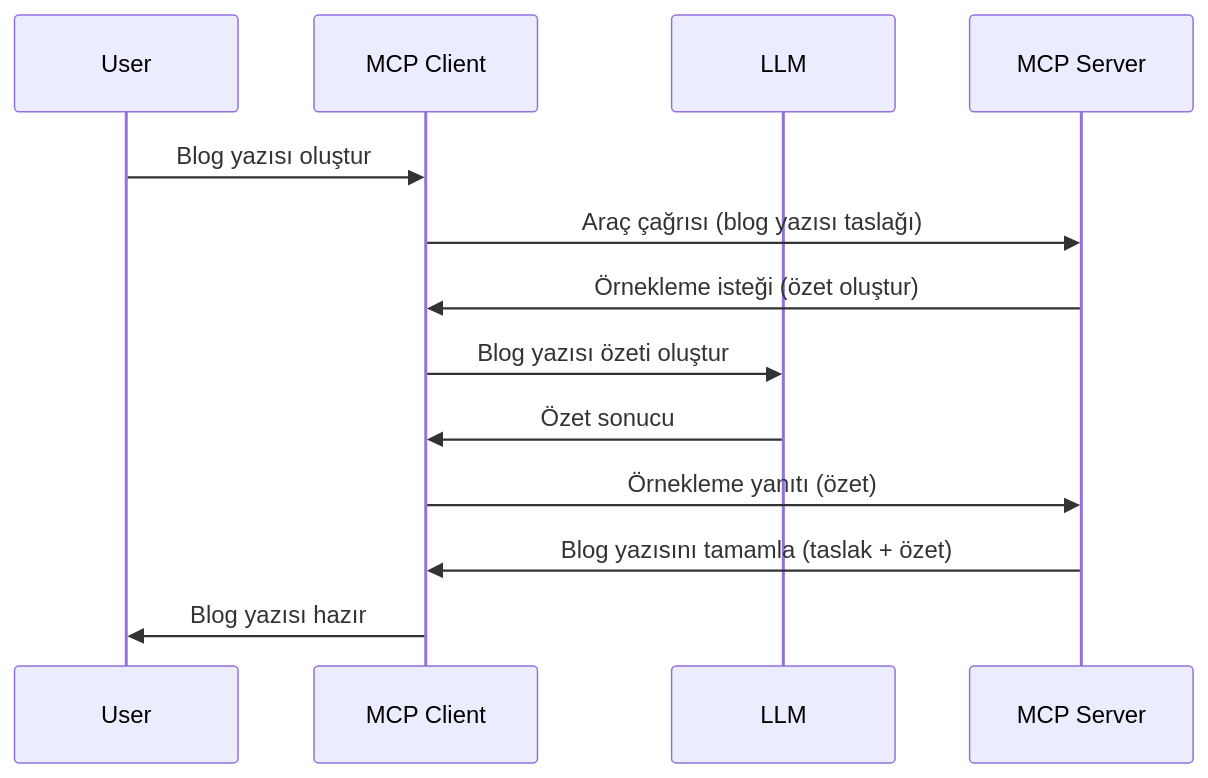
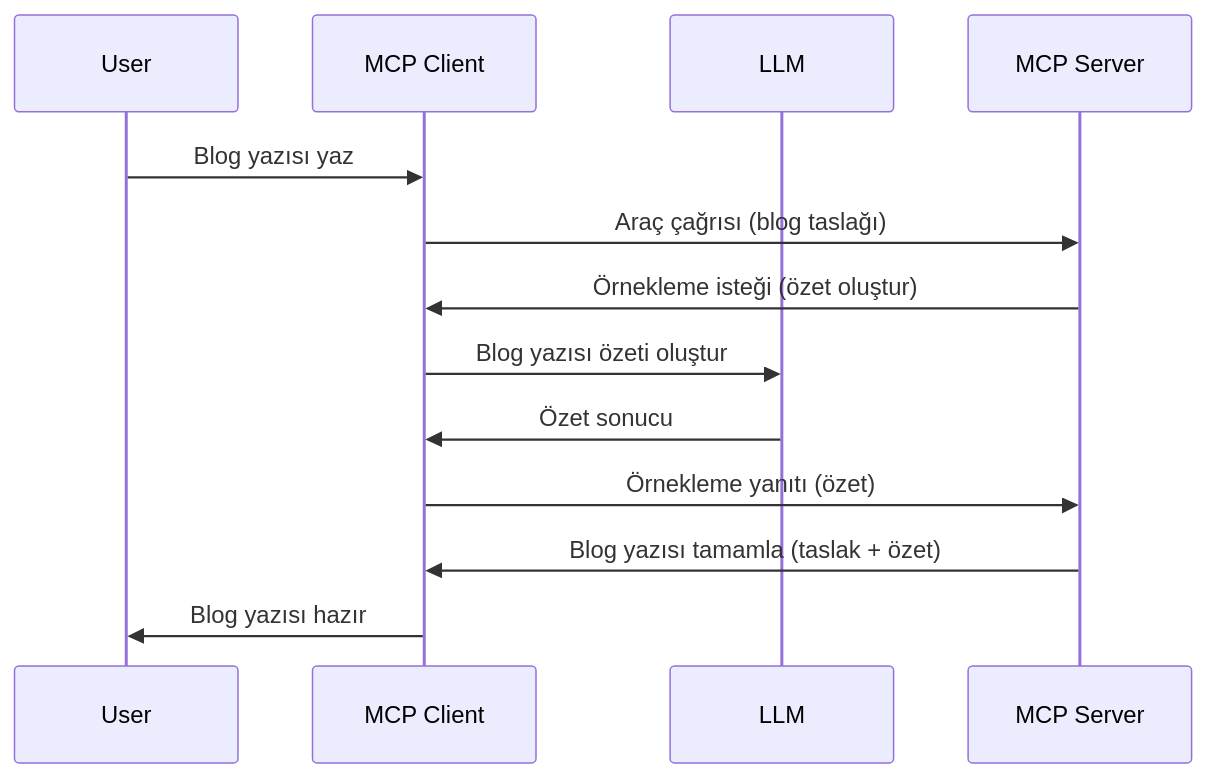
The diagram in mcp_ecosystem__model_context_protocol/mcp_learning_resources/mcp-for-beginners/translations/tr/03-GettingStarted/14-sampling/README.md (HIDORAKAI002/ai-workspace-archive), drawn with Mermaid before and after one commit. The commit also changed other lines of this file and 1046 other files, not shown here.

````diff
--- a/mcp_ecosystem__model_context_protocol/mcp_learning_resources/mcp-for-beginners/translations/tr/03-GettingStarted/14-sampling/README.md
+++ b/mcp_ecosystem__model_context_protocol/mcp_learning_resources/mcp-for-beginners/translations/tr/03-GettingStarted/14-sampling/README.md
@@ -23,16 +25,16 @@
 ```mermaid
 sequenceDiagram
     participant User
     participant MCP Client
     participant LLM
     participant MCP Server
 
-    User->>MCP Client: Blog yazısı oluştur
-    MCP Client->>MCP Server: Araç çağrısı (blog yazısı taslağı)
+    User->>MCP Client: Blog yazısı yaz
+    MCP Client->>MCP Server: Araç çağrısı (blog taslağı)
     MCP Server->>MCP Client: Örnekleme isteği (özet oluştur)
     MCP Client->>LLM: Blog yazısı özeti oluştur
     LLM->>MCP Client: Özet sonucu
     MCP Client->>MCP Server: Örnekleme yanıtı (özet)
-    MCP Server->>MCP Client: Blog yazısını tamamla (taslak + özet)
+    MCP Server->>MCP Client: Blog yazısı tamamla (taslak + özet)
     MCP Client->>User: Blog yazısı hazır
 ```
````
